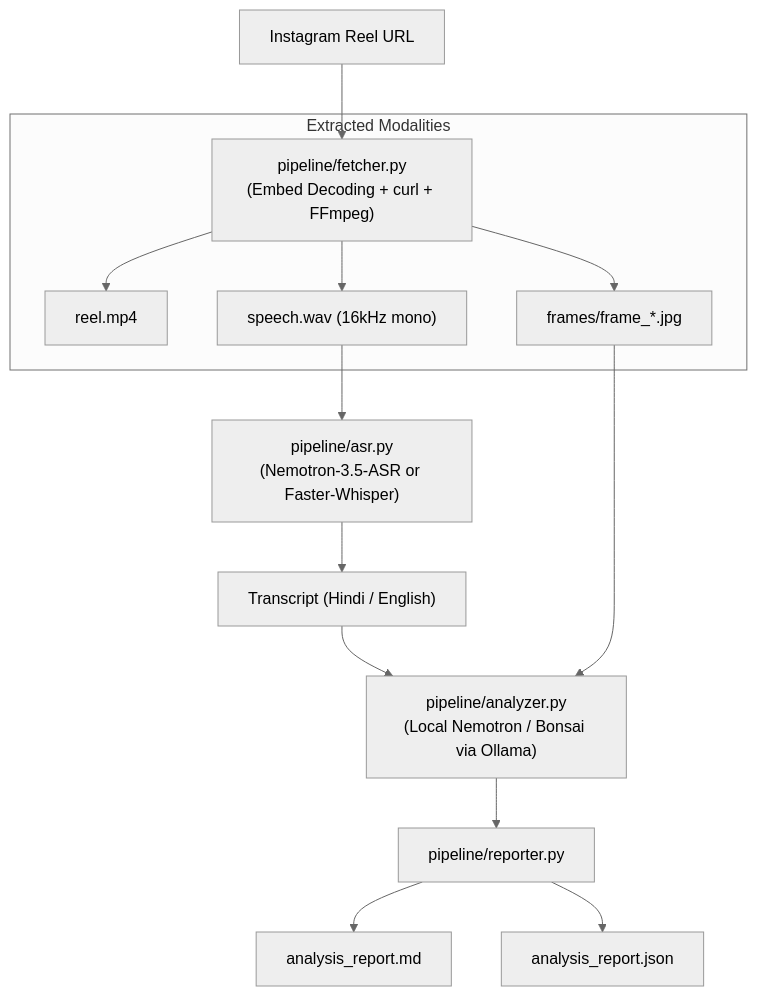
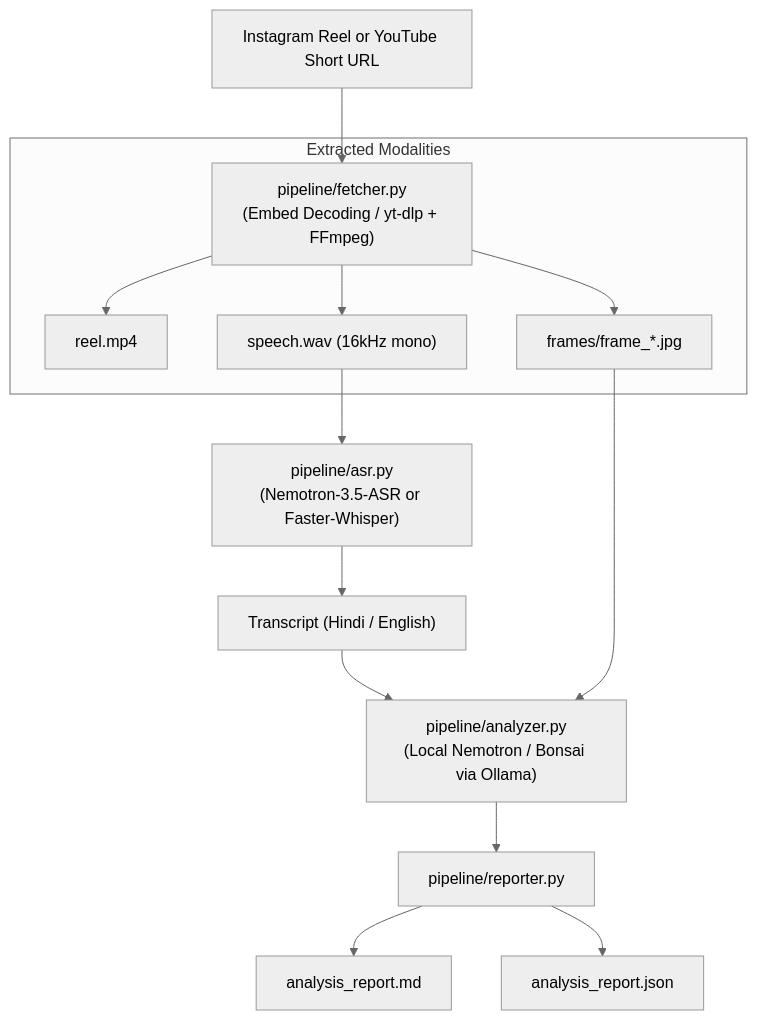
One commit to aniketmoha9/short_content_analyser changed the diagram in README.md. Above: the diagram before and after it, drawn with Mermaid (neutral theme). The commit also changed other lines of this file and 3 other files, not shown here.

Commit message:
Add YouTube Shorts support and multi-platform report formatting

````diff
--- a/README.md
+++ b/README.md
@@ -98,19 +104,19 @@
 ```mermaid
 flowchart TD
-    URL["Instagram Reel URL"] --> F["pipeline/fetcher.py<br>(Embed Decoding + curl + FFmpeg)"]
+    URL["Instagram Reel or YouTube Short URL"] --> F["pipeline/fetcher.py<br>(Embed Decoding / yt-dlp + FFmpeg)"]
     
     subgraph MediaExtraction ["Extracted Modalities"]
         F --> MP4["reel.mp4"]
         F --> WAV["speech.wav (16kHz mono)"]
         F --> FRAMES["frames/frame_*.jpg"]
     end
     
     WAV --> ASR["pipeline/asr.py<br>(Nemotron-3.5-ASR or Faster-Whisper)"]
     ASR --> TXT["Transcript (Hindi / English)"]
     
     TXT & FRAMES --> LLM["pipeline/analyzer.py<br>(Local Nemotron / Bonsai via Ollama)"]
     
     LLM --> REP["pipeline/reporter.py"]
     REP --> MD["analysis_report.md"]
     REP --> JSON["analysis_report.json"]
 ```
````
